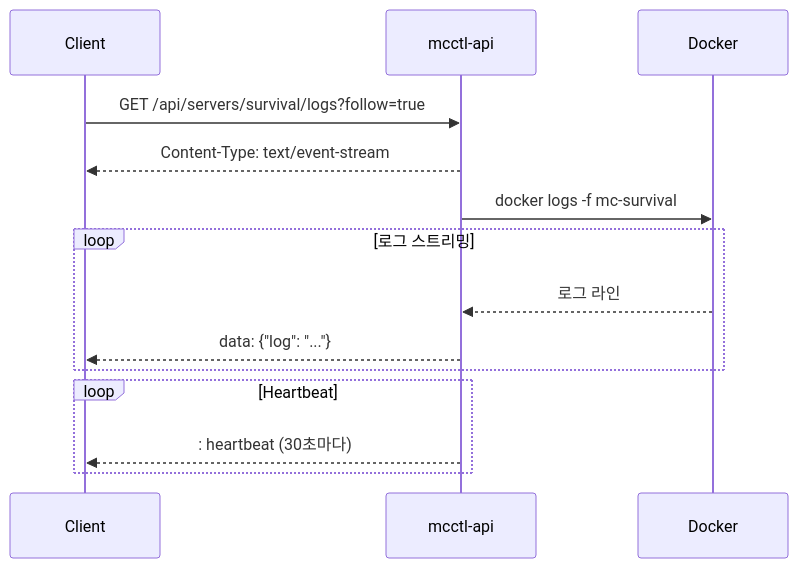
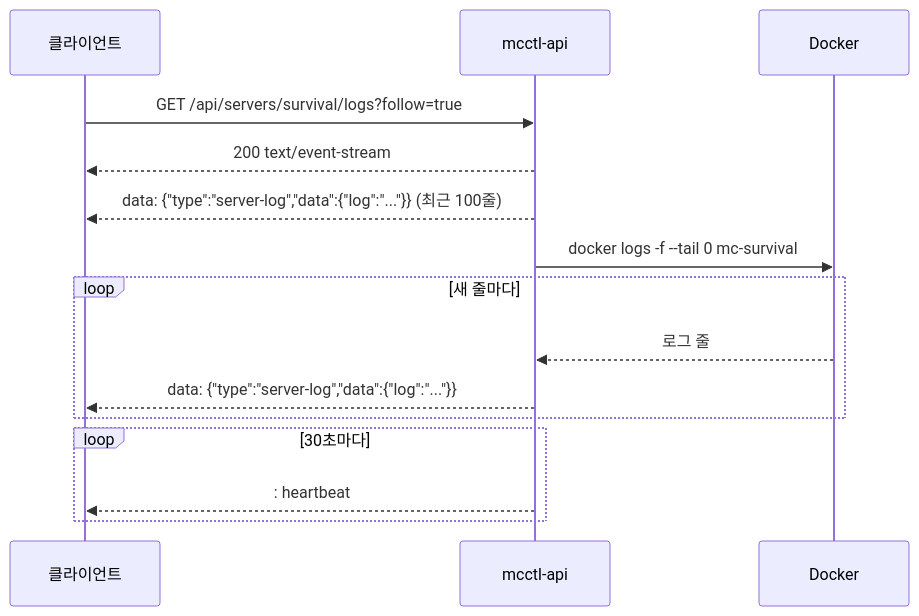
Before and after one commit to smallmiro/minecraft-server-manager: the fifth of 5 diagrams in docs/api/index.ko.md, drawn with Mermaid. The commit also changed other lines of this file and 9 other files, not shown here.

````diff
--- a/docs/api/index.ko.md
+++ b/docs/api/index.ko.md
@@ -144,17 +93,18 @@
 ```mermaid
 sequenceDiagram
-    participant C as Client
+    participant C as 클라이언트
     participant A as mcctl-api
     participant D as Docker
 
     C->>A: GET /api/servers/survival/logs?follow=true
-    A-->>C: Content-Type: text/event-stream
-    A->>D: docker logs -f mc-survival
-    loop 로그 스트리밍
-        D-->>A: 로그 라인
-        A-->>C: data: {"log": "..."}
+    A-->>C: 200 text/event-stream
+    A-->>C: data: {"type":"server-log","data":{"log":"..."}} (최근 100줄)
+    A->>D: docker logs -f --tail 0 mc-survival
+    loop 새 줄마다
+        D-->>A: 로그 줄
+        A-->>C: data: {"type":"server-log","data":{"log":"..."}}
     end
-    loop Heartbeat
-        A-->>C: : heartbeat (30초마다)
+    loop 30초마다
+        A-->>C: : heartbeat
     end
 ```
````
